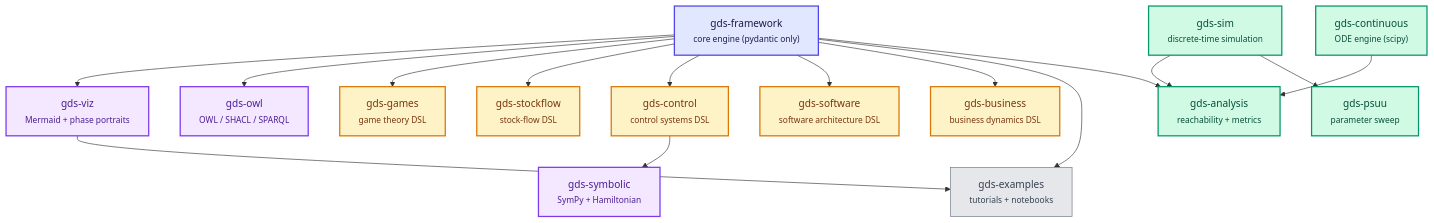
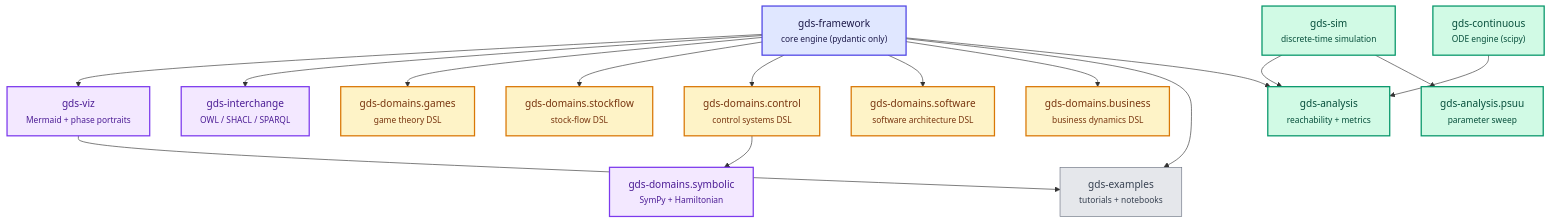
Before and after one commit to BlockScience/gds-core: the diagram in docs/index.md, drawn with Mermaid. The commit also changed other lines of this file and 451 other files, not shown here.

````diff
--- a/docs/index.md
+++ b/docs/index.md
@@ -68,44 +68,44 @@
 ```mermaid
 graph TD
     classDef core fill:#e0e7ff,stroke:#4f46e5,stroke-width:2px,color:#1e1b4b
     classDef dsl fill:#fef3c7,stroke:#d97706,stroke-width:2px,color:#78350f
     classDef sim fill:#d1fae5,stroke:#059669,stroke-width:2px,color:#064e3b
     classDef tool fill:#f3e8ff,stroke:#7c3aed,stroke-width:2px,color:#4c1d95
     classDef ext fill:#e5e7eb,stroke:#6b7280,stroke-width:1px,color:#374151
 
     FW["gds-framework<br/><small>core engine (pydantic only)</small>"]:::core
 
     VIZ["gds-viz<br/><small>Mermaid + phase portraits</small>"]:::tool
-    OWL["gds-owl<br/><small>OWL / SHACL / SPARQL</small>"]:::tool
+    OWL["gds-interchange<br/><small>OWL / SHACL / SPARQL</small>"]:::tool
 
-    GAMES["gds-games<br/><small>game theory DSL</small>"]:::dsl
-    SF["gds-stockflow<br/><small>stock-flow DSL</small>"]:::dsl
-    CTRL["gds-control<br/><small>control systems DSL</small>"]:::dsl
-    SW["gds-software<br/><small>software architecture DSL</small>"]:::dsl
-    BIZ["gds-business<br/><small>business dynamics DSL</small>"]:::dsl
+    GAMES["gds-domains.games<br/><small>game theory DSL</small>"]:::dsl
+    SF["gds-domains.stockflow<br/><small>stock-flow DSL</small>"]:::dsl
+    CTRL["gds-domains.control<br/><small>control systems DSL</small>"]:::dsl
+    SW["gds-domains.software<br/><small>software architecture DSL</small>"]:::dsl
+    BIZ["gds-domains.business<br/><small>business dynamics DSL</small>"]:::dsl
 
-    SYM["gds-symbolic<br/><small>SymPy + Hamiltonian</small>"]:::tool
+    SYM["gds-domains.symbolic<br/><small>SymPy + Hamiltonian</small>"]:::tool
     EX["gds-examples<br/><small>tutorials + notebooks</small>"]:::ext
 
     SIM["gds-sim<br/><small>discrete-time simulation</small>"]:::sim
     AN["gds-analysis<br/><small>reachability + metrics</small>"]:::sim
-    PSUU["gds-psuu<br/><small>parameter sweep</small>"]:::sim
+    PSUU["gds-analysis.psuu<br/><small>parameter sweep</small>"]:::sim
 
     CONT["gds-continuous<br/><small>ODE engine (scipy)</small>"]:::sim
 
     FW --> VIZ
     FW --> OWL
     FW --> GAMES
     FW --> SF
     FW --> CTRL
     FW --> SW
     FW --> BIZ
     CTRL --> SYM
     FW --> EX
     VIZ --> EX
 
     FW --> AN
     SIM --> AN
     SIM --> PSUU
     CONT --> AN
 ```
````
